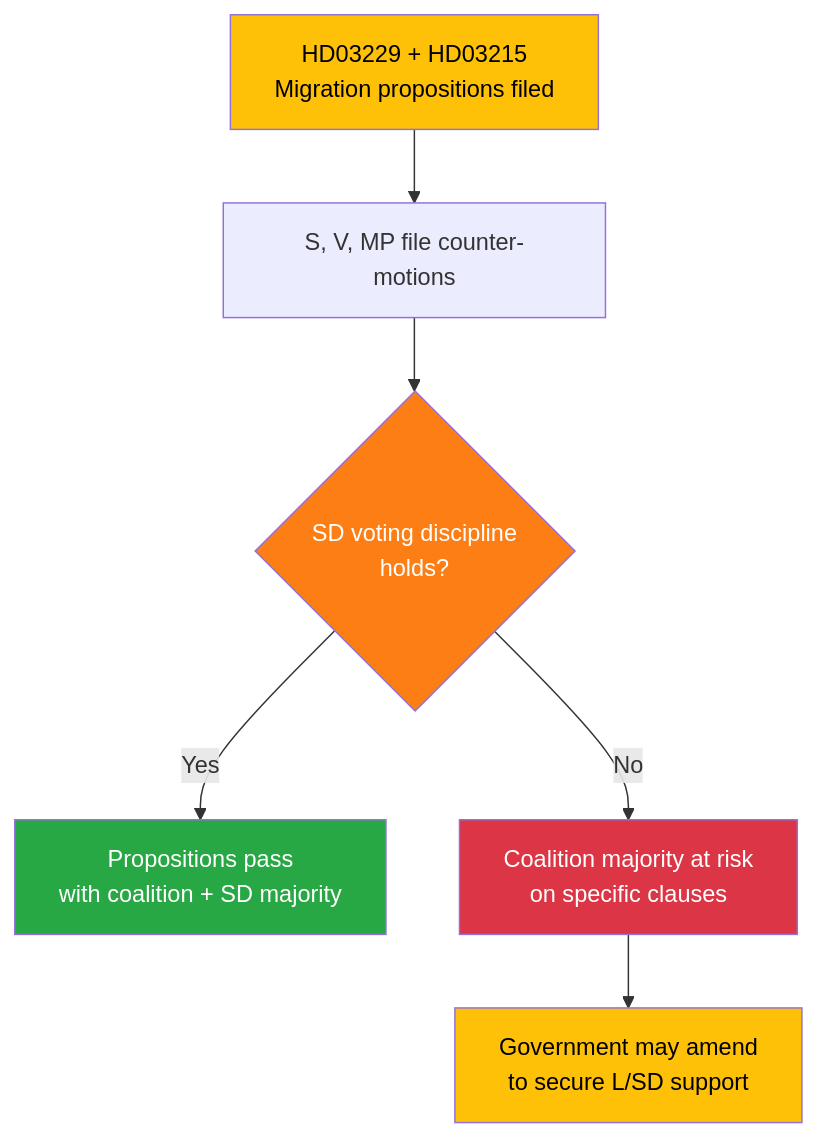
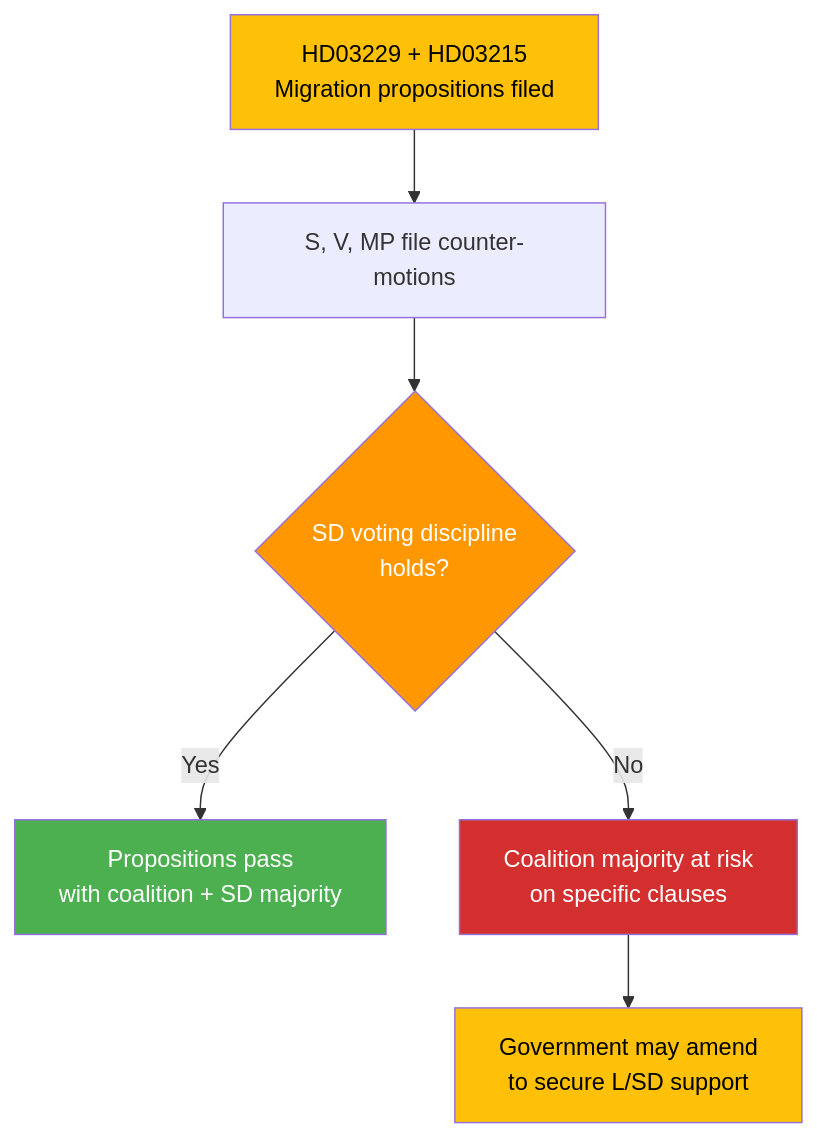
One commit to Hack23/riksdagsmonitor changed the second of 2 diagrams in analysis/daily/2026-03-31/propositions/risk-assessment.md. Above: the diagram before and after it, drawn with Mermaid. The commit also changed other lines of this file and 785 other files, not shown here.

First line of the commit message:
Normalize mermaid colors across 786 analysis artifacts to ISMS Style Guide palette

````diff
--- a/analysis/daily/2026-03-31/propositions/risk-assessment.md
+++ b/analysis/daily/2026-03-31/propositions/risk-assessment.md
@@ -59,13 +59,13 @@
 ```mermaid
 flowchart TD
     A["HD03229 + HD03215<br/>Migration propositions filed"] --> B["S, V, MP file counter-motions"]
     B --> C{"SD voting discipline<br/>holds?"}
     C -->|Yes| D["Propositions pass<br/>with coalition + SD majority"]
     C -->|No| E["Coalition majority at risk<br/>on specific clauses"]
     E --> F["Government may amend<br/>to secure L/SD support"]
-    style A fill:#ffc107,color:#000
-    style C fill:#fd7e14,color:#fff
-    style D fill:#28a745,color:#fff
-    style E fill:#dc3545,color:#fff
-    style F fill:#ffc107,color:#000
+    style A fill:#FFC107,color:#000000
+    style C fill:#FF9800,color:#FFFFFF
+    style D fill:#4CAF50,color:#FFFFFF
+    style E fill:#D32F2F,color:#FFFFFF
+    style F fill:#FFC107,color:#000000
 ```
````
